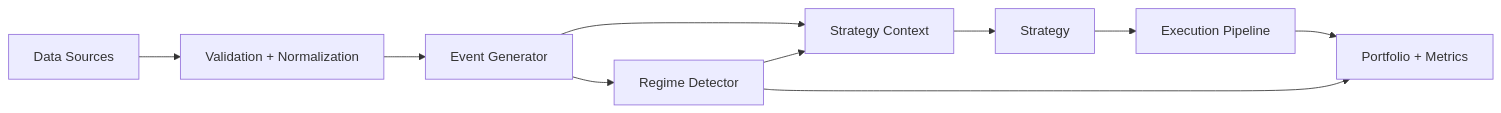
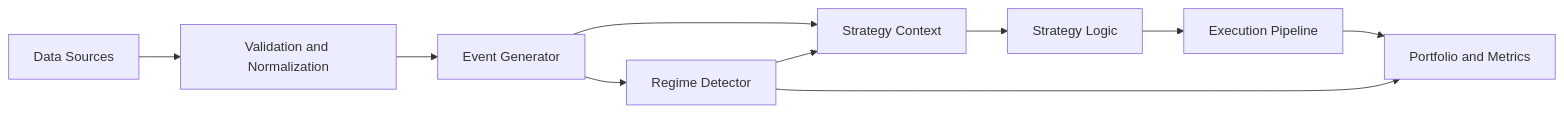
Before and after one commit to gregorian-09/regime-flow: the diagram in docs/index.md, drawn with Mermaid. The commit also changed other lines of this file and 7 other files, not shown here.

````diff
--- a/docs/index.md
+++ b/docs/index.md
@@ -40,12 +118,12 @@
 ```mermaid
 flowchart LR
-  A[Data Sources] --> B[Validation + Normalization]
+  A[Data Sources] --> B[Validation and Normalization]
   B --> C[Event Generator]
   C --> D[Strategy Context]
-  D --> E[Strategy]
+  D --> E[Strategy Logic]
   E --> F[Execution Pipeline]
-  F --> G[Portfolio + Metrics]
+  F --> G[Portfolio and Metrics]
   C --> H[Regime Detector]
   H --> D
   H --> G
 ```
````
